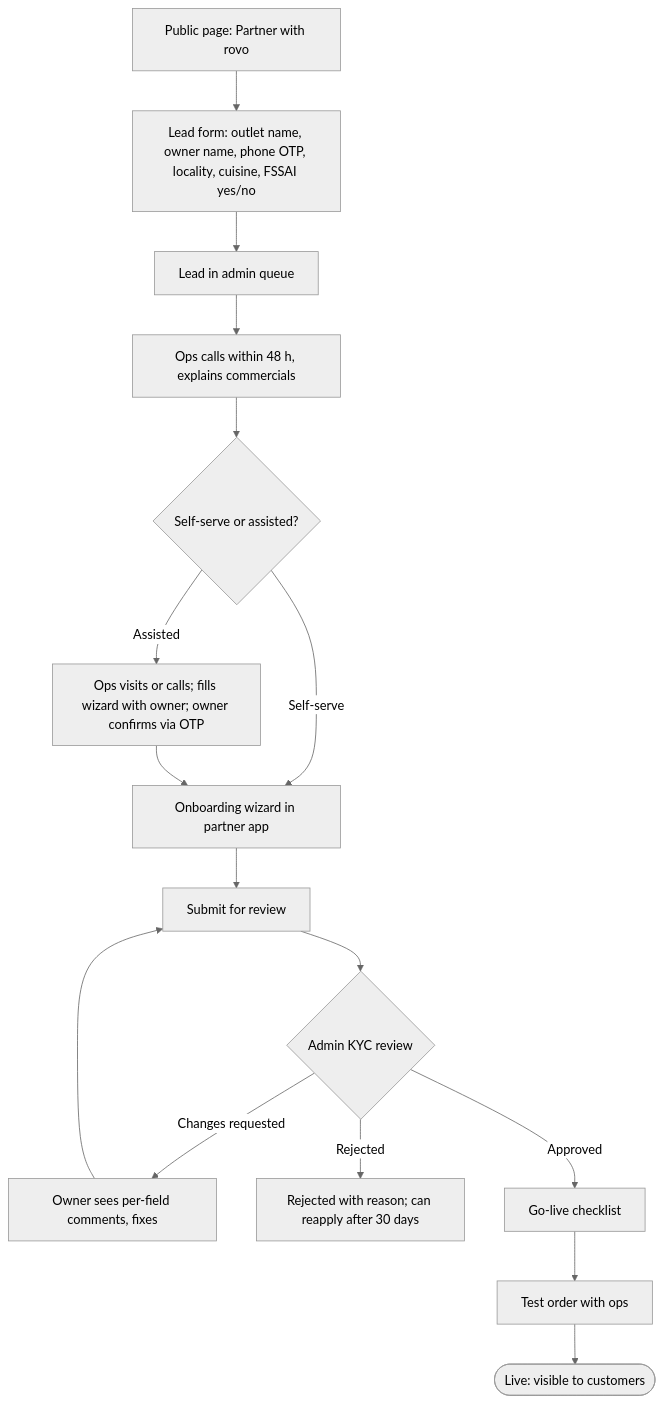
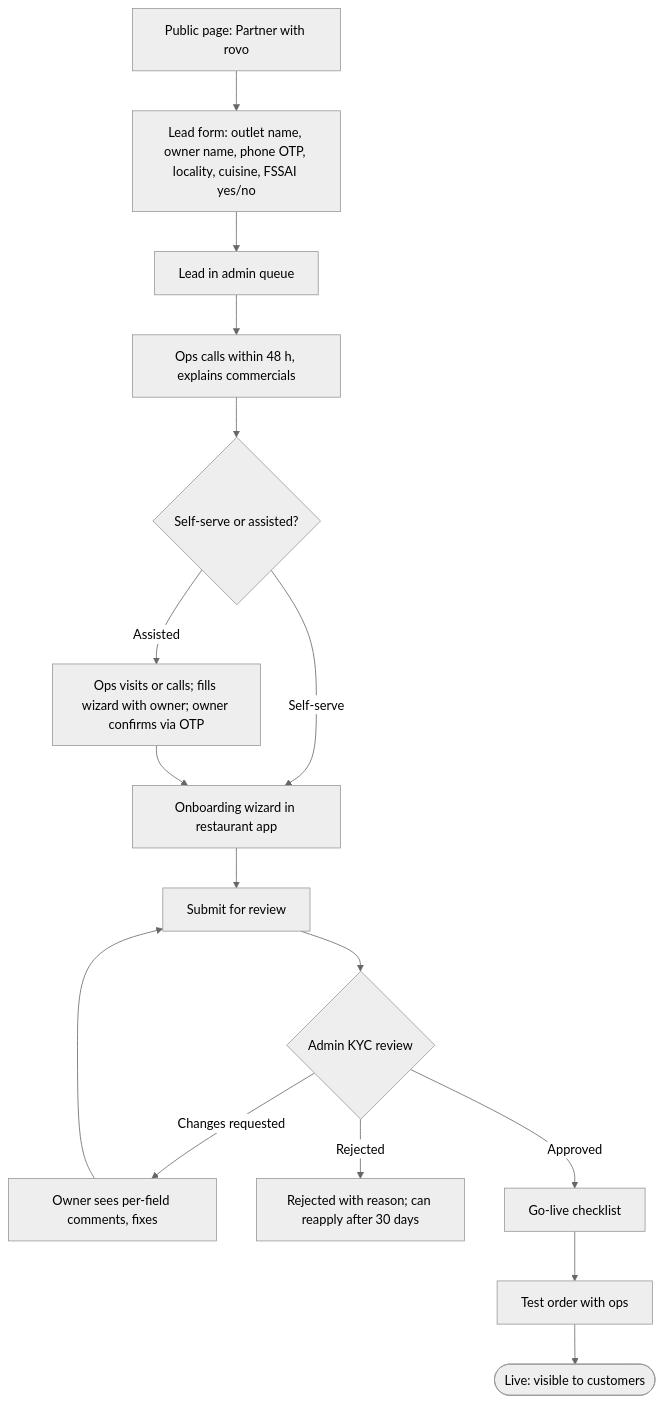
The first of 3 diagrams in docs/planning/05-restaurant-workflow.md (storetmobiles2-code/rovo), drawn with Mermaid (neutral theme) before and after one commit. The commit also changed other lines of this file and 11 other files, not shown here.

````diff
--- a/docs/planning/05-restaurant-workflow.md
+++ b/docs/planning/05-restaurant-workflow.md
@@ -66,17 +75,17 @@
 ```mermaid
 flowchart TD
     L[Public page: Partner with rovo] --> LF[Lead form: outlet name, owner name, phone OTP, locality, cuisine, FSSAI yes/no]
     LF --> LQ[Lead in admin queue]
     LQ --> CALL[Ops calls within 48 h, explains commercials]
     CALL --> W{Self-serve or assisted?}
-    W -- Self-serve --> WZ[Onboarding wizard in partner app]
+    W -- Self-serve --> WZ[Onboarding wizard in restaurant app]
     W -- Assisted --> AS[Ops visits or calls; fills wizard with owner; owner confirms via OTP]
     AS --> WZ
     WZ --> SUB[Submit for review]
     SUB --> REV{Admin KYC review}
     REV -- Changes requested --> FIX[Owner sees per-field comments, fixes] --> SUB
     REV -- Rejected --> RJ[Rejected with reason; can reapply after 30 days]
     REV -- Approved --> GL[Go-live checklist]
     GL --> TEST[Test order with ops]
     TEST --> LIVE([Live: visible to customers])
 ```
````
